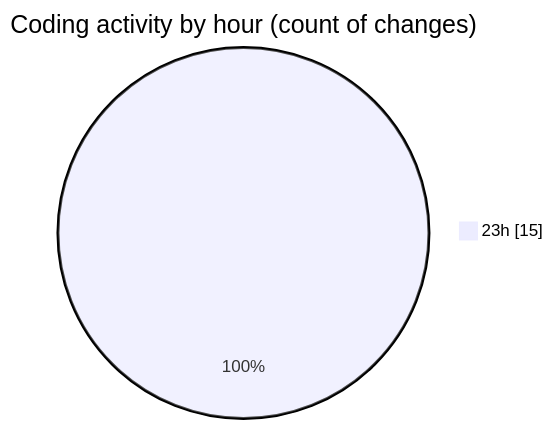
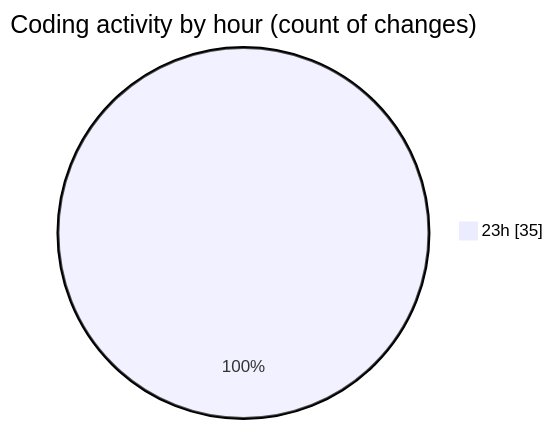
The second of 2 diagrams in 2025-07-31/javascript/README.md (Ritupan-Deka/code-tracking), drawn with Mermaid before and after one commit. The commit also changed other lines of this file and 2 other files, not shown here.

````diff
--- a/2025-07-31/javascript/README.md
+++ b/2025-07-31/javascript/README.md
@@ -28,5 +29,5 @@
 ```mermaid
 pie showData
 title Coding activity by hour (count of changes)
-"23h" : 15
+"23h" : 35
 ```
````
